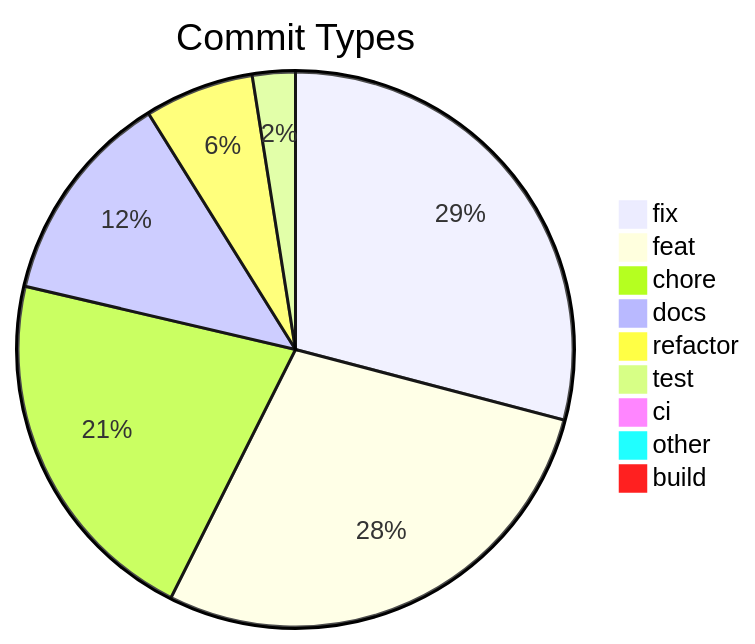
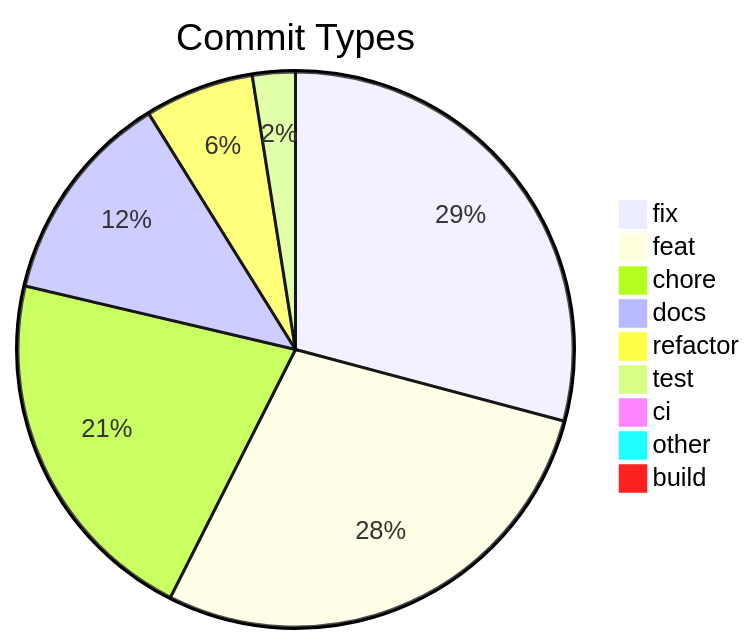
The diagram in .shipwright/compliance/change-history.md (svenroth-ai/shipwright), drawn with Mermaid before and after one commit. The commit also changed other lines of this file and 16 other files, not shown here.

````diff
--- a/.shipwright/compliance/change-history.md
+++ b/.shipwright/compliance/change-history.md
@@ -8,12 +8,12 @@
 ```mermaid
 pie title Commit Types
-    "fix" : 338
+    "fix" : 339
     "feat" : 329
     "chore" : 247
     "docs" : 145
     "refactor" : 74
     "test" : 29
     "ci" : 11
     "other" : 9
     "build" : 1
 ```
````
